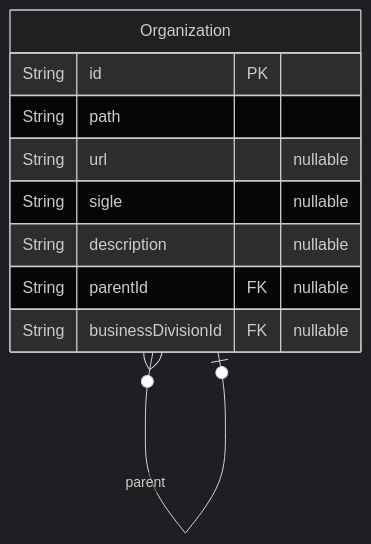
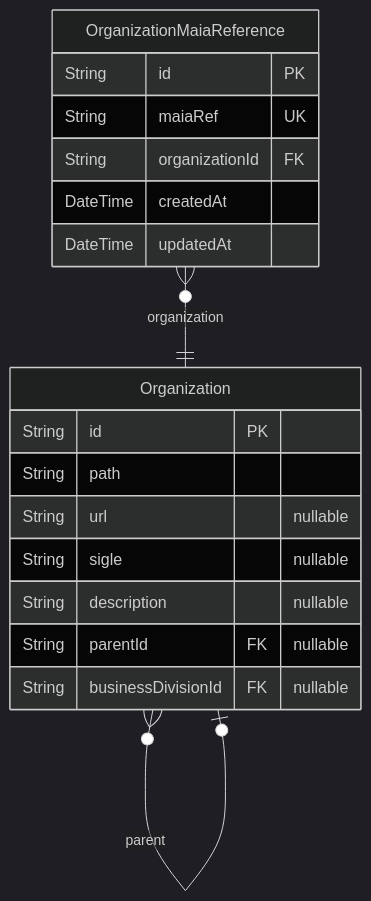
Before and after one commit to dnum-mi/referentiel-applications: the ninth of 13 diagrams in backend/prisma/docs/schema.md, drawn with Mermaid (dark theme). The commit also changed other lines of this file and 19 other files, not shown here.

````diff
--- a/backend/prisma/docs/schema.md
+++ b/backend/prisma/docs/schema.md
@@ -652,13 +652,21 @@
 ```mermaid
 erDiagram
 "Organization" {
   String id PK
   String path
   String url "nullable"
   String sigle "nullable"
   String description "nullable"
   String parentId FK "nullable"
   String businessDivisionId FK "nullable"
 }
+"OrganizationMaiaReference" {
+  String id PK
+  String maiaRef UK
+  String organizationId FK
+  DateTime createdAt
+  DateTime updatedAt
+}
 "Organization" }o--o| "Organization" : parent
+"OrganizationMaiaReference" }o--|| "Organization" : organization
 ```
````
